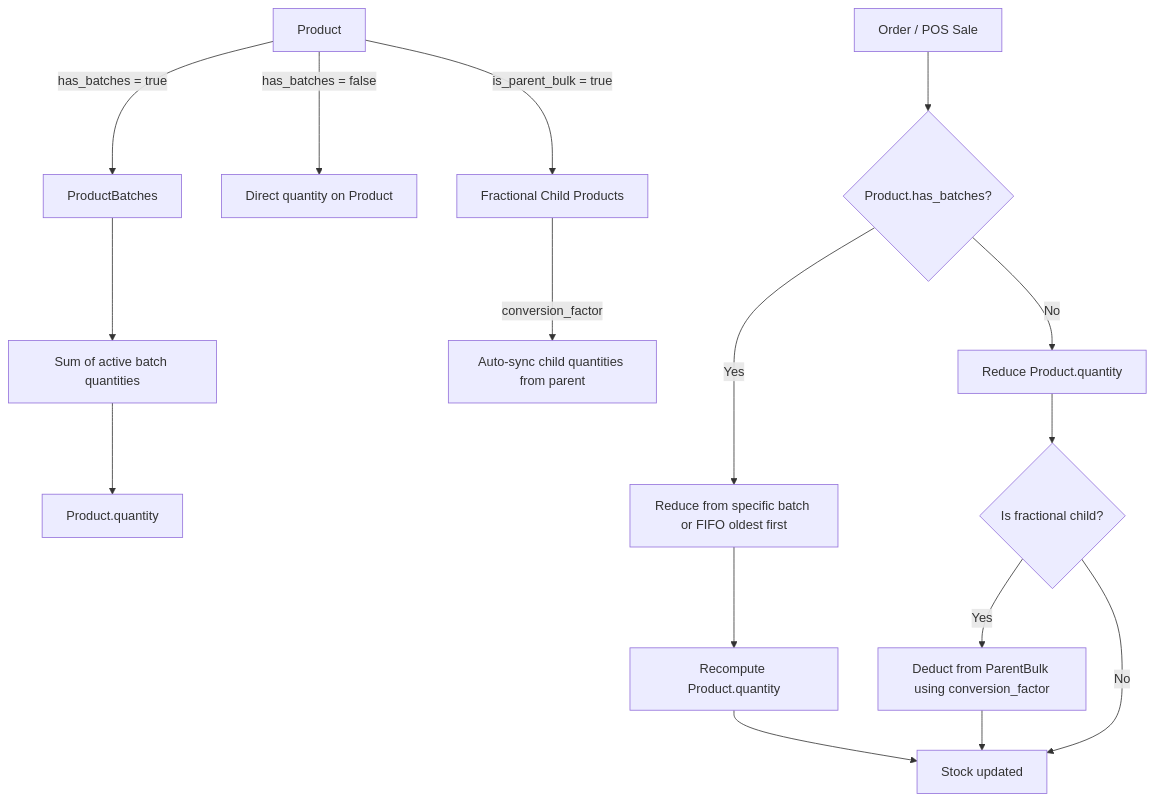
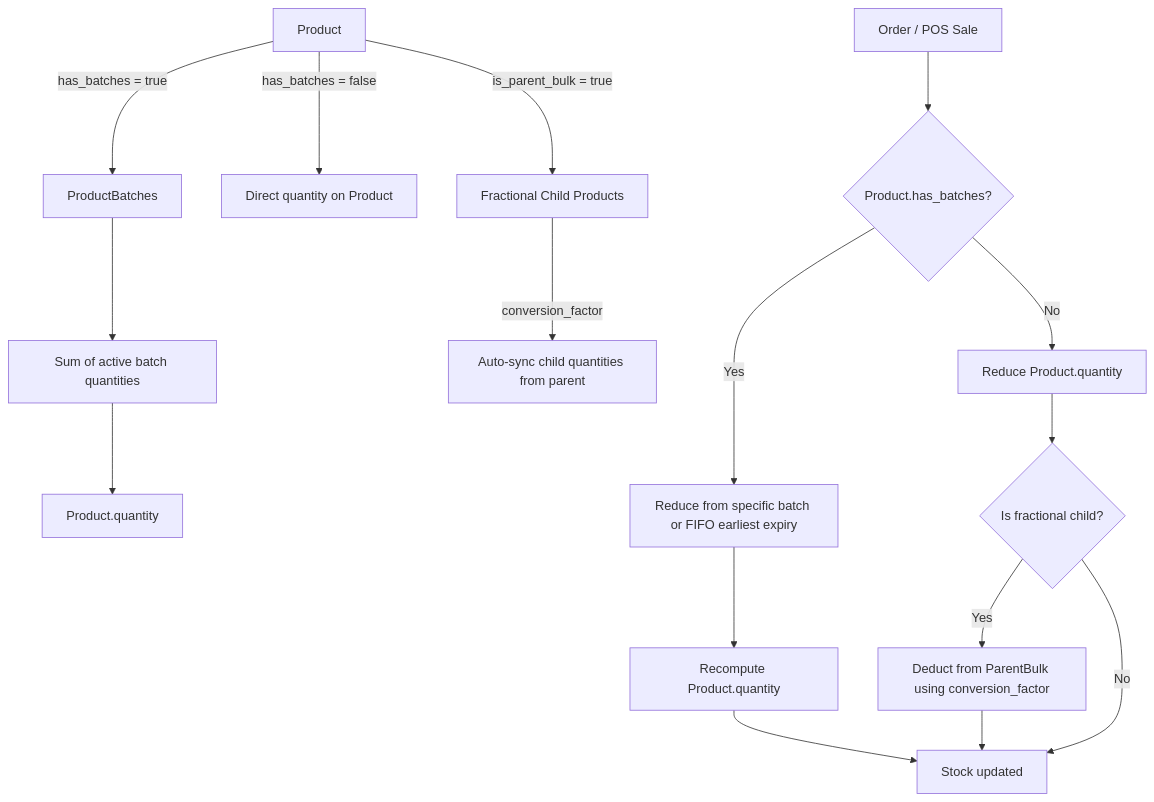
Before and after one commit to vin8003/RetailerCustomerPlatform: the diagram in docs/07-KEY-FLOWS/inventory-and-batches.md, drawn with Mermaid. The commit also changed other lines of this file and 7 other files, not shown here.

Commit message:
docs(OE-136): document batch expiry FIFO and inventory.adjust gate

````diff
--- a/docs/07-KEY-FLOWS/inventory-and-batches.md
+++ b/docs/07-KEY-FLOWS/inventory-and-batches.md
@@ -36,22 +38,22 @@
 ```mermaid
 flowchart TD
     P[Product] -->|has_batches = true| B[ProductBatches]
     P -->|has_batches = false| Q[Direct quantity on Product]
 
     B --> Sum[Sum of active batch quantities]
     Sum --> PQty[Product.quantity]
 
     P -->|is_parent_bulk = true| Children[Fractional Child Products]
     Children -->|conversion_factor| Sync[Auto-sync child quantities from parent]
 
     Sale[Order / POS Sale] --> Decision{Product.has_batches?}
-    Decision -->|Yes| FIFO[Reduce from specific batch or FIFO oldest first]
+    Decision -->|Yes| FIFO[Reduce from specific batch or FIFO earliest expiry]
     Decision -->|No| Direct[Reduce Product.quantity]
 
     FIFO --> SyncBatches[Recompute Product.quantity]
     Direct --> ParentCheck{Is fractional child?}
     ParentCheck -->|Yes| ParentDeduct[Deduct from ParentBulk using conversion_factor]
     ParentCheck -->|No| Done[Stock updated]
     SyncBatches --> Done
     ParentDeduct --> Done
 ```
````
